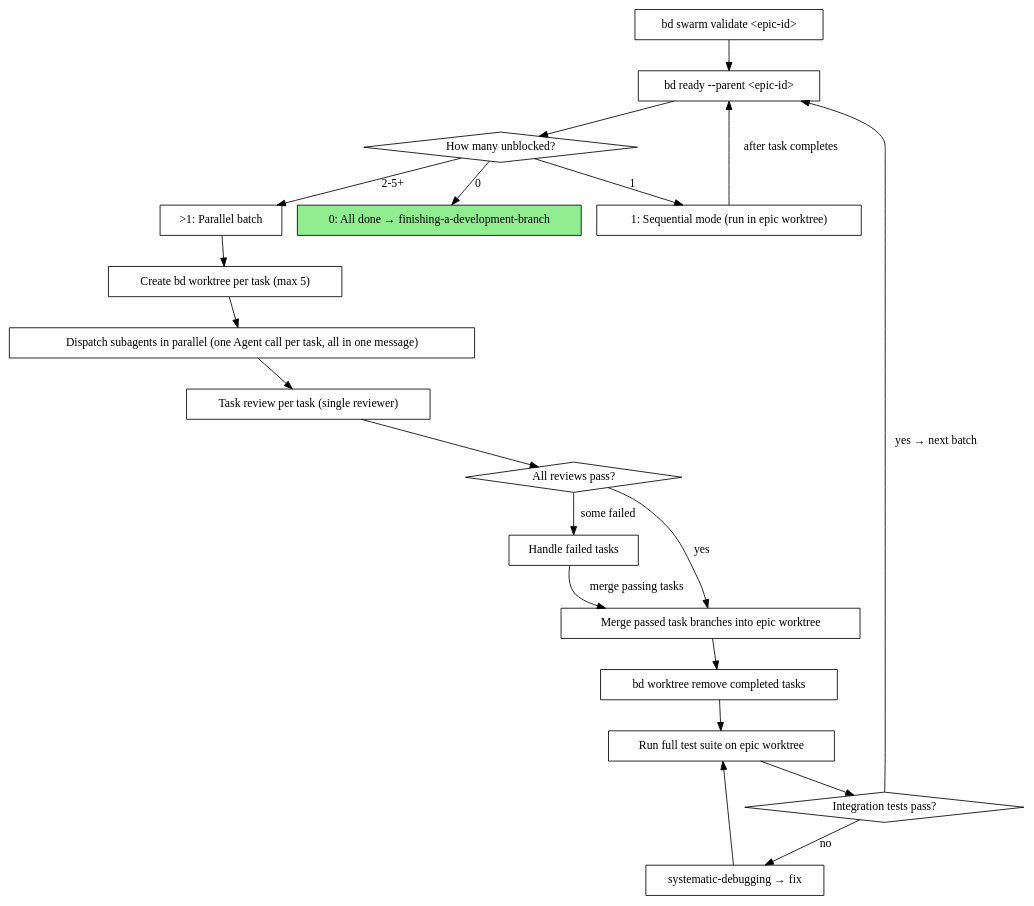
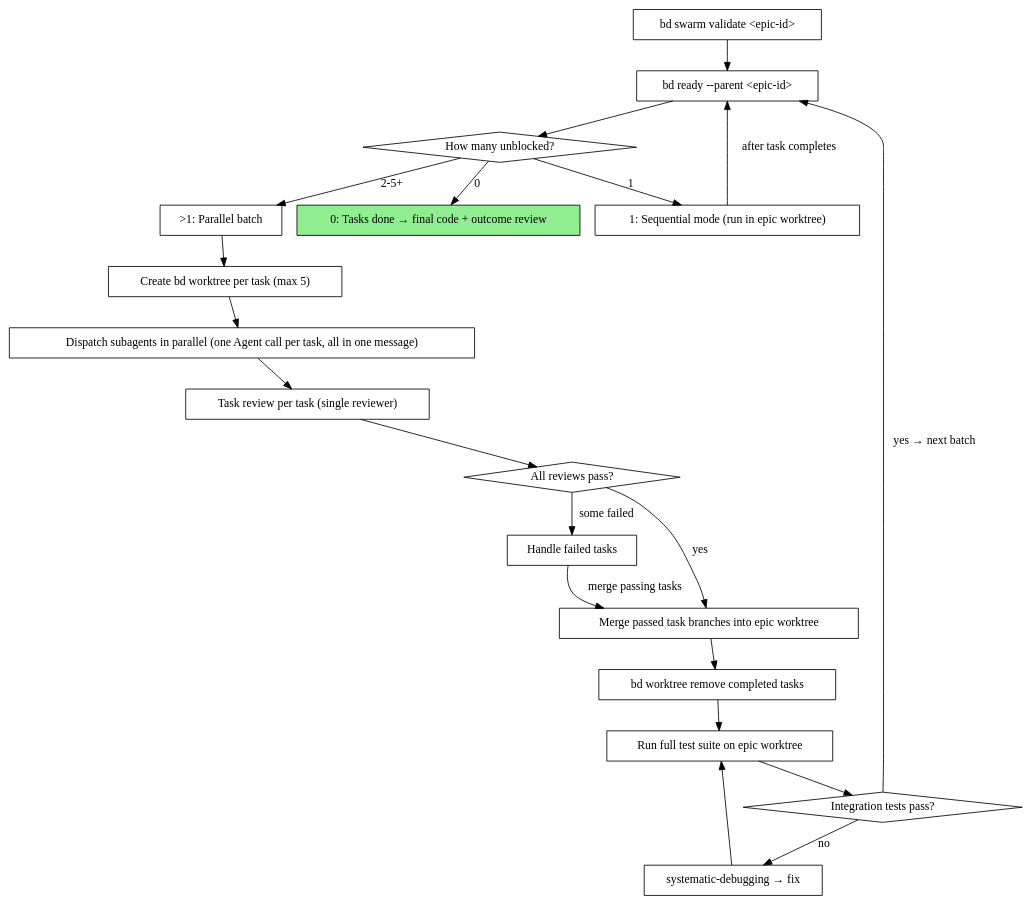
One commit to the-inconvenience-store/superbeads changed the third of 3 diagrams in skills/subagent-driven-development/SKILL.md. Above: the diagram before and after it, drawn with Graphviz. The commit also changed other lines of this file and 7 other files, not shown here.

````diff
--- a/skills/subagent-driven-development/SKILL.md
+++ b/skills/subagent-driven-development/SKILL.md
@@ -128,42 +164,42 @@
 ```dot
 digraph parallel_batch {
     rankdir=TB;
 
     "bd swarm validate <epic-id>" [shape=box];
     "bd ready --parent <epic-id>" [shape=box];
     "How many unblocked?" [shape=diamond];
-    "0: All done → finishing-a-development-branch" [shape=box style=filled fillcolor=lightgreen];
+    "0: Tasks done → final code + outcome review" [shape=box style=filled fillcolor=lightgreen];
     "1: Sequential mode (run in epic worktree)" [shape=box];
     ">1: Parallel batch" [shape=box];
     "Create bd worktree per task (max 5)" [shape=box];
     "Dispatch subagents in parallel (one Agent call per task, all in one message)" [shape=box];
     "Task review per task (single reviewer)" [shape=box];
     "All reviews pass?" [shape=diamond];
     "Merge passed task branches into epic worktree" [shape=box];
     "bd worktree remove completed tasks" [shape=box];
     "Run full test suite on epic worktree" [shape=box];
     "Integration tests pass?" [shape=diamond];
     "systematic-debugging → fix" [shape=box];
     "Handle failed tasks" [shape=box];
 
     "bd swarm validate <epic-id>" -> "bd ready --parent <epic-id>";
     "bd ready --parent <epic-id>" -> "How many unblocked?";
-    "How many unblocked?" -> "0: All done → finishing-a-development-branch" [label="0"];
+    "How many unblocked?" -> "0: Tasks done → final code + outcome review" [label="0"];
     "How many unblocked?" -> "1: Sequential mode (run in epic worktree)" [label="1"];
     "1: Sequential mode (run in epic worktree)" -> "bd ready --parent <epic-id>" [label="after task completes"];
     "How many unblocked?" -> ">1: Parallel batch" [label="2-5+"];
     ">1: Parallel batch" -> "Create bd worktree per task (max 5)";
     "Create bd worktree per task (max 5)" -> "Dispatch subagents in parallel (one Agent call per task, all in one message)";
     "Dispatch subagents in parallel (one Agent call per task, all in one message)" -> "Task review per task (single reviewer)";
     "Task review per task (single reviewer)" -> "All reviews pass?";
     "All reviews pass?" -> "Merge passed task branches into epic worktree" [label="yes"];
     "All reviews pass?" -> "Handle failed tasks" [label="some failed"];
     "Handle failed tasks" -> "Merge passed task branches into epic worktree" [label="merge passing tasks"];
     "Merge passed task branches into epic worktree" -> "bd worktree remove completed tasks";
     "bd worktree remove completed tasks" -> "Run full test suite on epic worktree";
     "Run full test suite on epic worktree" -> "Integration tests pass?";
     "Integration tests pass?" -> "bd ready --parent <epic-id>" [label="yes → next batch"];
     "Integration tests pass?" -> "systematic-debugging → fix" [label="no"];
     "systematic-debugging → fix" -> "Run full test suite on epic worktree";
 }
 ```
````
